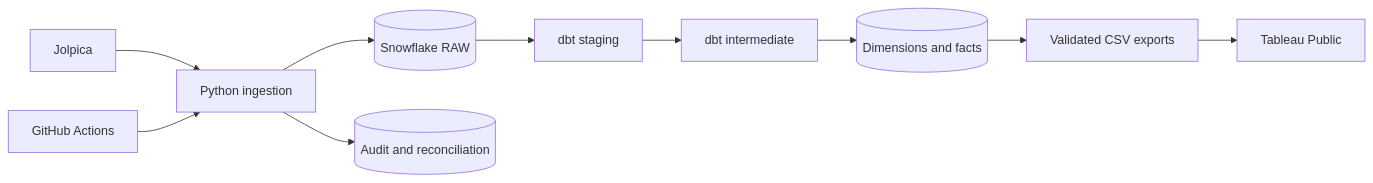
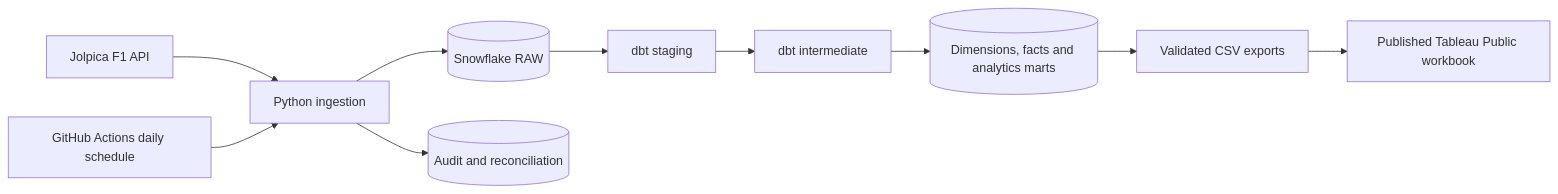
One commit to boseaditya1994/formula1-analytics-engineering changed the diagram in README.md. Above: the diagram before and after it, drawn with Mermaid. The commit also changed other lines of this file and 3 other files, not shown here.

````diff
--- a/README.md
+++ b/README.md
@@ -9,12 +7,12 @@
 ```mermaid
 flowchart LR
-    API[Jolpica] --> PY[Python ingestion]
+    API[Jolpica F1 API] --> PY[Python ingestion]
     PY --> RAW[(Snowflake RAW)]
     RAW --> STG[dbt staging]
     STG --> INT[dbt intermediate]
-    INT --> MART[(Dimensions and facts)]
+    INT --> MART[(Dimensions, facts and analytics marts)]
     MART --> CSV[Validated CSV exports]
-    CSV --> BI[Tableau Public]
-    GHA[GitHub Actions] --> PY
+    CSV --> BI[Published Tableau Public workbook]
+    GHA[GitHub Actions daily schedule] --> PY
     PY --> AUDIT[(Audit and reconciliation)]
 ```
````
